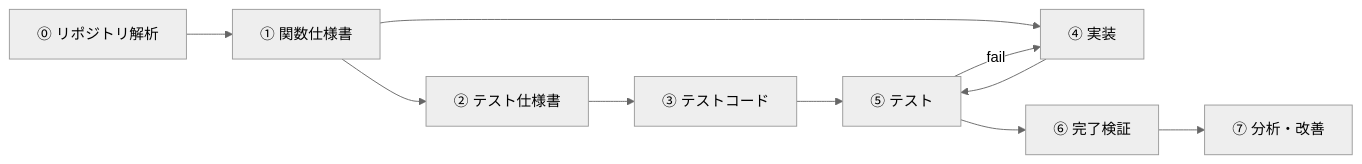
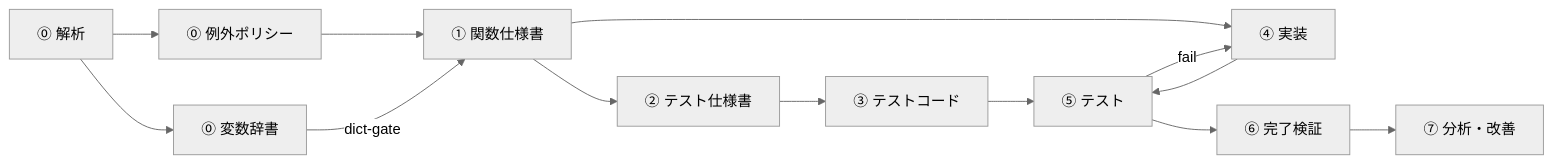
One commit to ctenopoma/skills changed the first of 3 diagrams in docs/legacy-reverse/index.qmd. Above: the diagram before and after it, drawn with Mermaid (neutral theme). The commit also changed other lines of this file and 59 other files, not shown here.

````diff
--- a/docs/legacy-reverse/index.qmd
+++ b/docs/legacy-reverse/index.qmd
@@ -26,15 +37,19 @@
 ```{mermaid}
 %%| label: fig-index-phases
-%%| fig-cap: "8 フェーズの依存関係と④⑤の反復ループ"
+%%| fig-cap: "8 フェーズの依存関係と④⑤の反復ループ(⓪は解析・例外ポリシー・変数辞書の 3 段)"
 
 flowchart LR
-  P0["⓪ リポジトリ解析"] --> P1["① 関数仕様書"]
+  P0["⓪ 解析"]
+  P0 --> EP["⓪ 例外ポリシー"]
+  P0 --> PD["⓪ 変数辞書"]
+  EP --> P1["① 関数仕様書"]
+  PD -->|dict-gate| P1
   P1 --> P2["② テスト仕様書"]
   P1 --> P4["④ 実装"]
   P2 --> P3["③ テストコード"]
   P3 --> P5["⑤ テスト"]
   P4 --> P5
   P5 -->|fail| P4
   P5 --> P6["⑥ 完了検証"]
   P6 --> P7["⑦ 分析・改善"]
 ```
````
